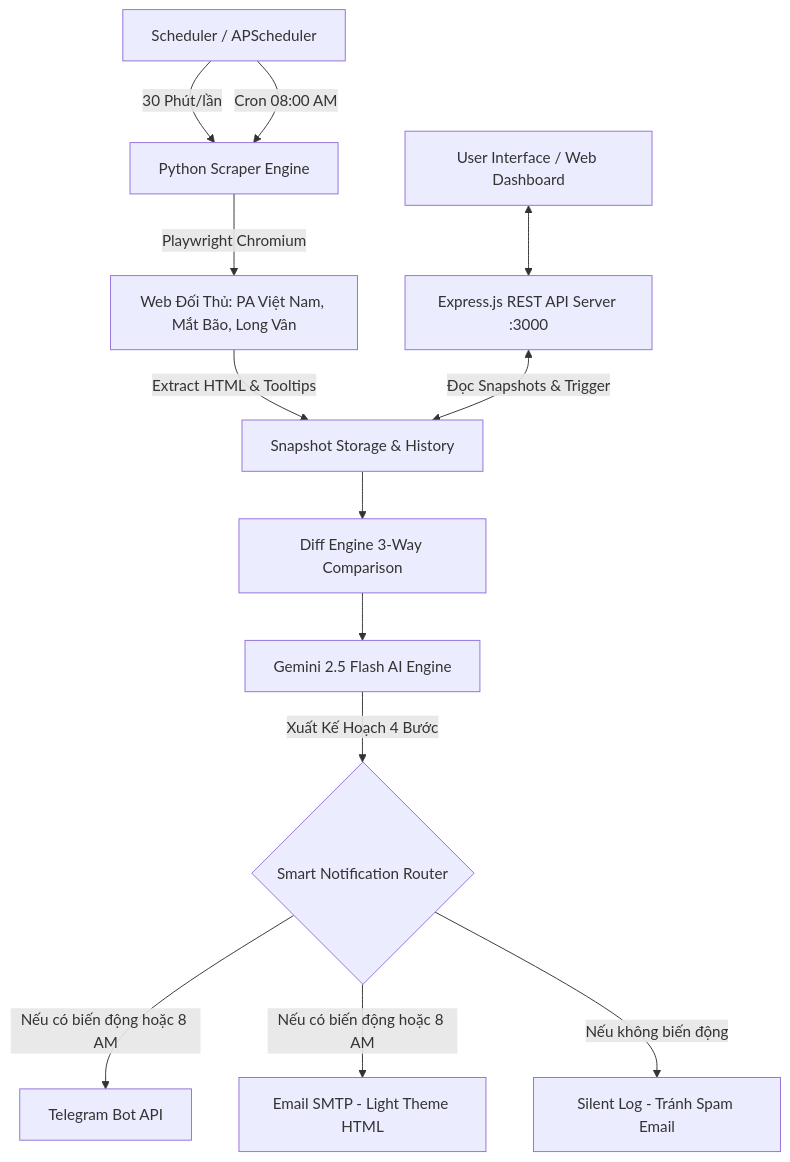
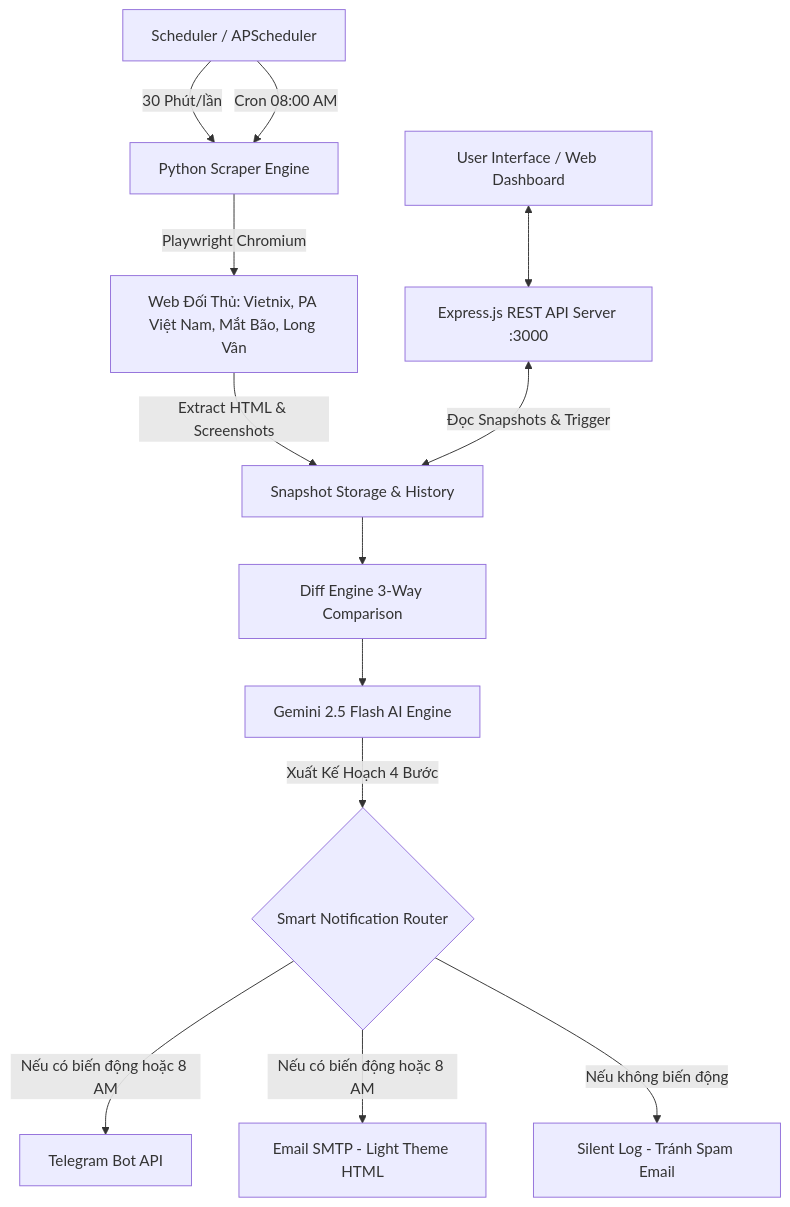
Before and after one commit to NhatDuonq/Market_AI: the diagram in README.md, drawn with Mermaid. The commit also changed other lines of this file, not shown here.

Commit message:
docs: update README.md with Vietnix provider, thitruong.longvan.net domain, updated REST API docs and VPS deployment steps

````diff
--- a/README.md
+++ b/README.md
@@ -43,16 +44,16 @@
 ```mermaid
 graph TD
     A[Scheduler / APScheduler] -->|30 Phút/lần| B[Python Scraper Engine]
     A -->|Cron 08:00 AM| B
-    B -->|Playwright Chromium| C[Web Đối Thủ: PA Việt Nam, Mắt Bão, Long Vân]
-    C -->|Extract HTML & Tooltips| D[Snapshot Storage & History]
+    B -->|Playwright Chromium| C[Web Đối Thủ: Vietnix, PA Việt Nam, Mắt Bão, Long Vân]
+    C -->|Extract HTML & Screenshots| D[Snapshot Storage & History]
     D --> E[Diff Engine 3-Way Comparison]
     E --> F[Gemini 2.5 Flash AI Engine]
     F -->|Xuất Kế Hoạch 4 Bước| G{Smart Notification Router}
     G -->|Nếu có biến động hoặc 8 AM| H[Telegram Bot API]
     G -->|Nếu có biến động hoặc 8 AM| I[Email SMTP - Light Theme HTML]
     G -->|Nếu không biến động| J[Silent Log - Tránh Spam Email]
     
     K[Express.js REST API Server :3000] <-->|Đọc Snapshots & Trigger| D
     L[User Interface / Web Dashboard] <--> K
 ```
````
